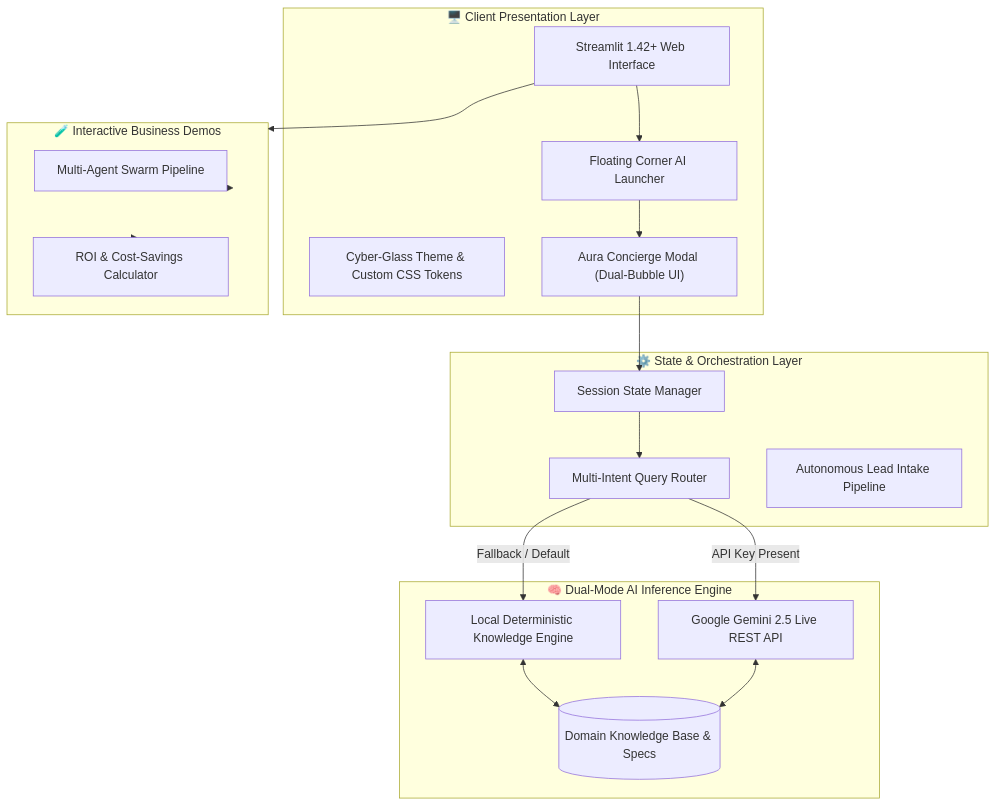
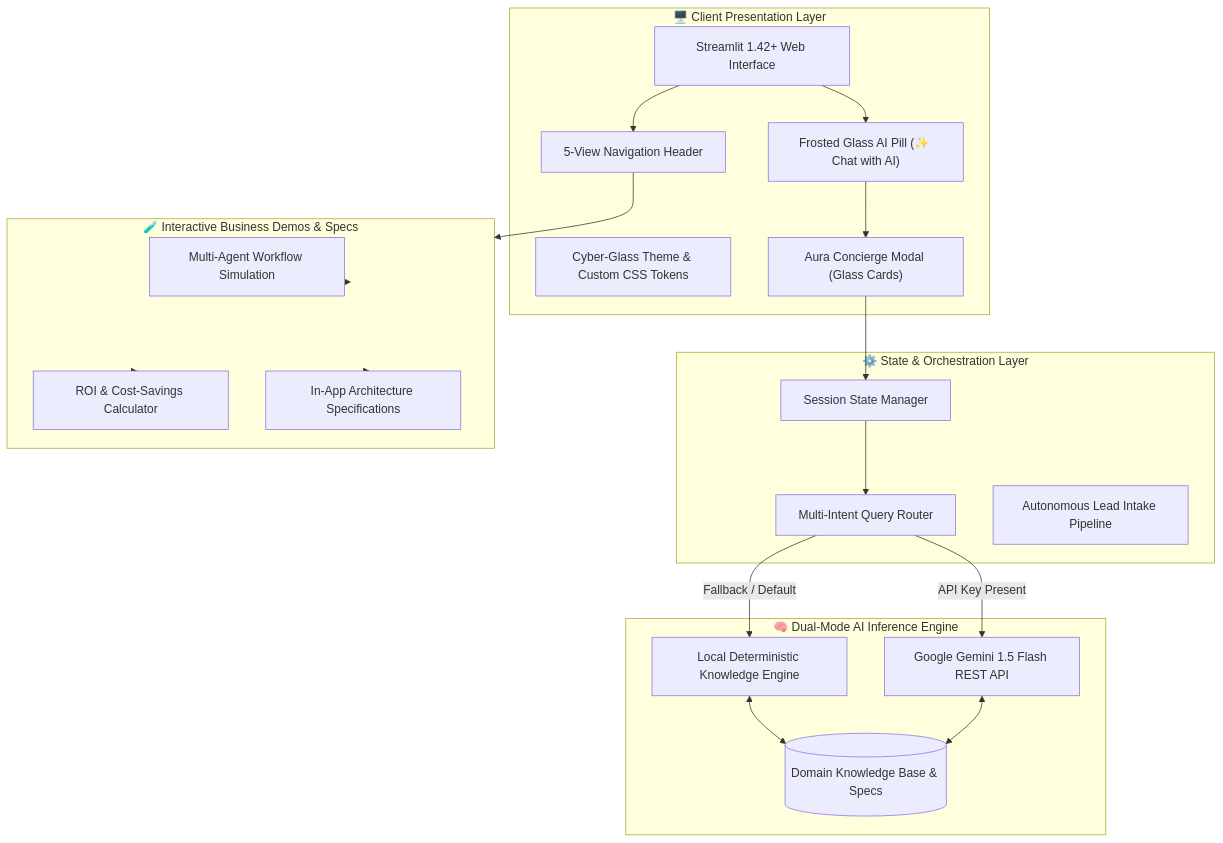
One commit to SainBux-HadiSeelro/ai-folio changed the diagram in README.md. Above: the diagram before and after it, drawn with Mermaid. The commit also changed other lines of this file, not shown here.

Commit message:
Update README with Technical Specs dashboard, modern UI, and v1.1.0 specifications

````diff
--- a/README.md
+++ b/README.md
@@ -58,37 +60,41 @@
 ```mermaid
 flowchart TD
     subgraph ClientLayer["🖥️ Client Presentation Layer"]
         UI["Streamlit 1.42+ Web Interface"]
         CSS["Cyber-Glass Theme & Custom CSS Tokens"]
-        FabBtn["Floating Corner AI Launcher"]
-        Dialog["Aura Concierge Modal (Dual-Bubble UI)"]
+        FabBtn["Frosted Glass AI Pill (✨ Chat with AI)"]
+        Dialog["Aura Concierge Modal (Glass Cards)"]
+        Nav["5-View Navigation Header"]
     end
 
     subgraph OrchestrationLayer["⚙️ State & Orchestration Layer"]
         SM["Session State Manager"]
         Router["Multi-Intent Query Router"]
         LeadCapture["Autonomous Lead Intake Pipeline"]
     end
 
     subgraph InferenceLayer["🧠 Dual-Mode AI Inference Engine"]
-        Gemini["Google Gemini 2.5 Live REST API"]
+        Gemini["Google Gemini 1.5 Flash REST API"]
         NLP["Local Deterministic Knowledge Engine"]
         KB[("Domain Knowledge Base & Specs")]
     end
 
-    subgraph Simulations["🧪 Interactive Business Demos"]
-        Swarm["Multi-Agent Swarm Pipeline"]
+    subgraph Simulations["🧪 Interactive Business Demos & Specs"]
+        Swarm["Multi-Agent Workflow Simulation"]
         Calc["ROI & Cost-Savings Calculator"]
+        Specs["In-App Architecture Specifications"]
     end
 
+    UI --> Nav
     UI --> FabBtn --> Dialog
     Dialog --> SM
     SM --> Router
     Router -->|API Key Present| Gemini
     Router -->|Fallback / Default| NLP
     NLP <--> KB
     Gemini <--> KB
-    UI --> Simulations
+    Nav --> Simulations
     Simulations --> Swarm
     Simulations --> Calc
+    Simulations --> Specs
 ```
````
